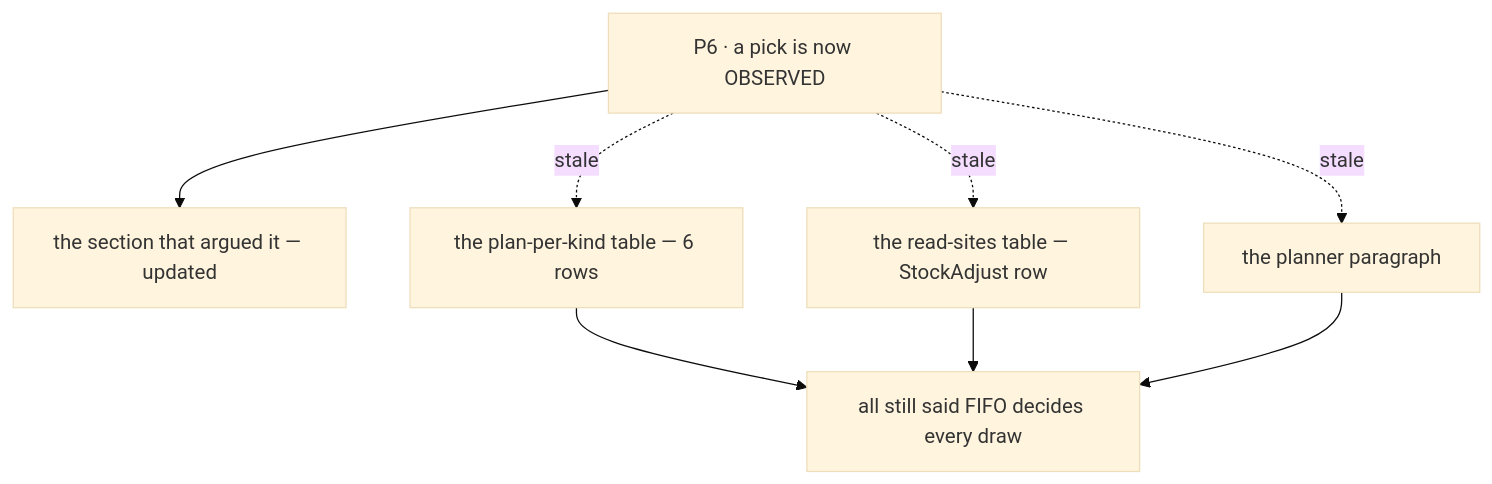
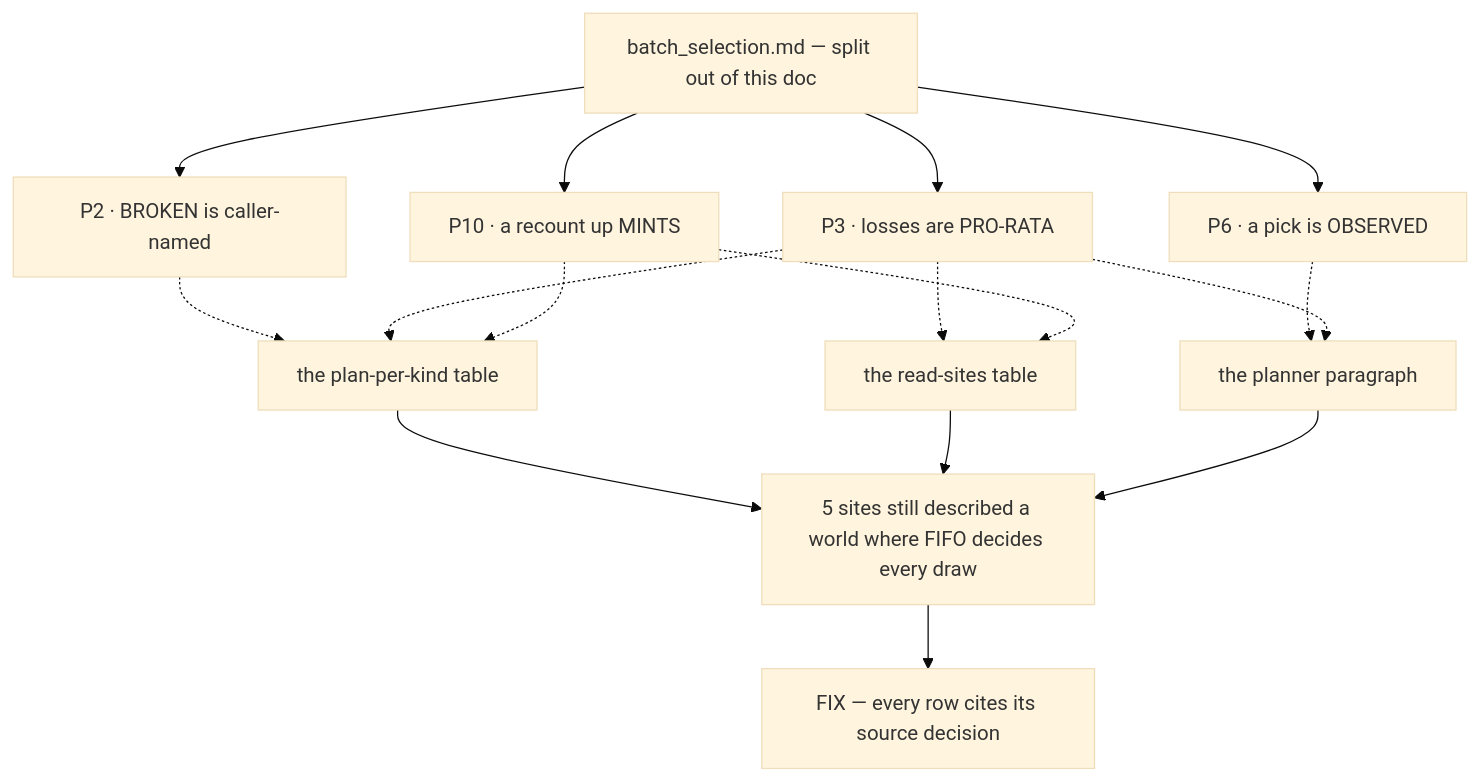
Diagram 36 of 42 in disscuss/architecture/stock_movement_log.md (pdcgo/warehouse_revamp), drawn with Mermaid (base theme) before and after one commit. The commit also changed other lines of this file and 28 other files, not shown here.

````diff
--- a/disscuss/architecture/stock_movement_log.md
+++ b/disscuss/architecture/stock_movement_log.md
@@ -1934,11 +2072,19 @@
 ```mermaid
 flowchart TD
-  S["P6 · a pick is now OBSERVED"]
-  S --> A["the section that argued it — updated"]
-  S -.->|"stale"| T["the plan-per-kind table — 6 rows"]
-  S -.->|"stale"| R["the read-sites table — StockAdjust row"]
-  S -.->|"stale"| P["the planner paragraph"]
-  T --> W["all still said FIFO decides every draw"]
+  SP["batch_selection.md — split out of this doc"]
+  SP --> D2["P2 · BROKEN is caller-named"]
+  SP --> D3["P3 · losses are PRO-RATA"]
+  SP --> D6["P6 · a pick is OBSERVED"]
+  SP --> D10["P10 · a recount up MINTS"]
+  D2 -.-> T["the plan-per-kind table"]
+  D3 -.-> T
+  D10 -.-> T
+  D3 -.-> R["the read-sites table"]
+  D10 -.-> R
+  D6 -.-> P["the planner paragraph"]
+  D3 -.-> P
+  T --> W["5 sites still described a world where FIFO decides every draw"]
   R --> W
   P --> W
+  W --> F["FIX — every row cites its source decision"]
 ```
````
